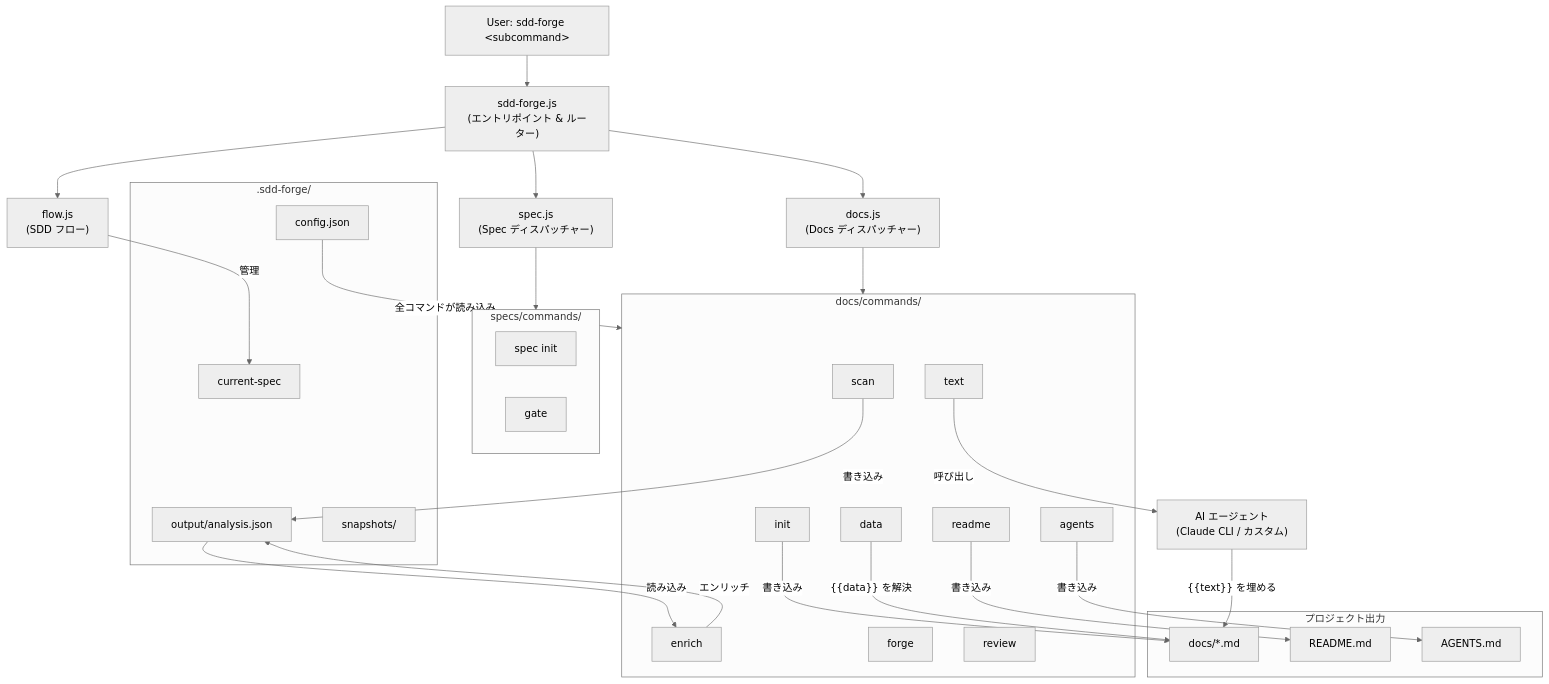
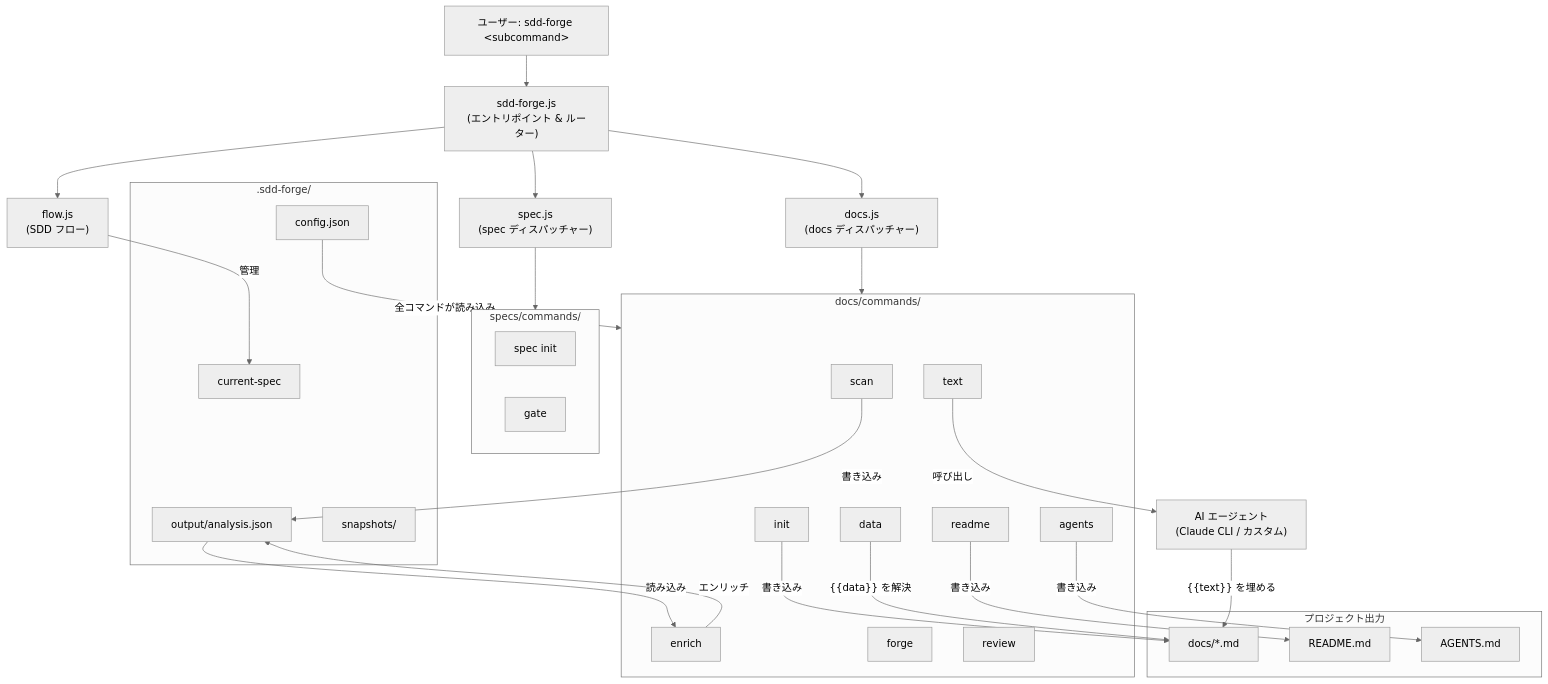
The diagram in docs/ja/overview.md (SpreadWorks/sdd-forge), drawn with Mermaid (neutral theme) before and after one commit. The commit also changed other lines of this file and 22 other files, not shown here.

````diff
--- a/docs/ja/overview.md
+++ b/docs/ja/overview.md
@@ -16,58 +16,58 @@
 ```mermaid
 flowchart TD
-    User["User: sdd-forge &lt;subcommand&gt;"]
-    Entry["sdd-forge.js\n(エントリポイント & ルーター)"]
-    Docs["docs.js\n(Docs ディスパッチャー)"]
-    Spec["spec.js\n(Spec ディスパッチャー)"]
+    User["ユーザー: sdd-forge &lt;subcommand&gt;"]
+    Entry["sdd-forge.js\n(エントリポイント &amp; ルーター)"]
+    Docs["docs.js\n(docs ディスパッチャー)"]
+    Spec["spec.js\n(spec ディスパッチャー)"]
     Flow["flow.js\n(SDD フロー)"]
 
     subgraph DocsCmds["docs/commands/"]
         Scan["scan"]
         Enrich["enrich"]
         Init["init"]
         Data["data"]
         Text["text"]
         Readme["readme"]
         Agents["agents"]
         Forge["forge"]
         Review["review"]
     end
 
     subgraph SpecCmds["specs/commands/"]
         SpecInit["spec init"]
         Gate["gate"]
     end
 
     subgraph Storage[".sdd-forge/"]
         Config["config.json"]
         Analysis["output/analysis.json"]
         CurrentSpec["current-spec"]
         Snapshots["snapshots/"]
     end
 
     subgraph Output["プロジェクト出力"]
         DocsDir["docs/*.md"]
         ReadmeMd["README.md"]
         AgentsMd["AGENTS.md"]
     end
 
     AI["AI エージェント\n(Claude CLI / カスタム)"]
 
     User --> Entry
     Entry --> Docs
     Entry --> Spec
     Entry --> Flow
     Docs --> DocsCmds
     Spec --> SpecCmds
     Scan -->|"書き込み"| Analysis
     Analysis -->|"読み込み"| Enrich
     Enrich -->|"エンリッチ"| Analysis
     Init -->|"書き込み"| DocsDir
     Data -->|"{{data}} を解決"| DocsDir
     Text -->|"呼び出し"| AI
     AI -->|"{{text}} を埋める"| DocsDir
     Readme -->|"書き込み"| ReadmeMd
     Agents -->|"書き込み"| AgentsMd
     Config -->|"全コマンドが読み込み"| DocsCmds
     Flow -->|"管理"| CurrentSpec
 ```
````
